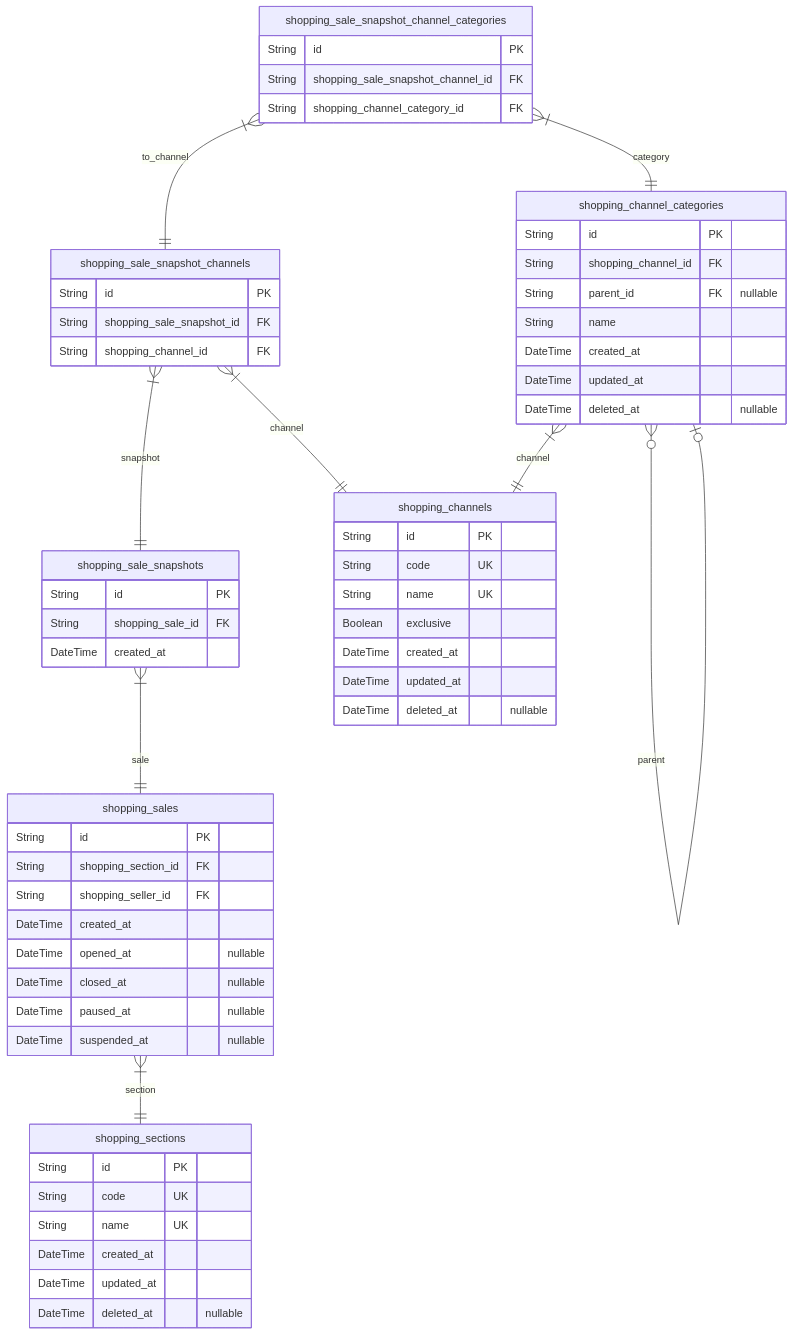
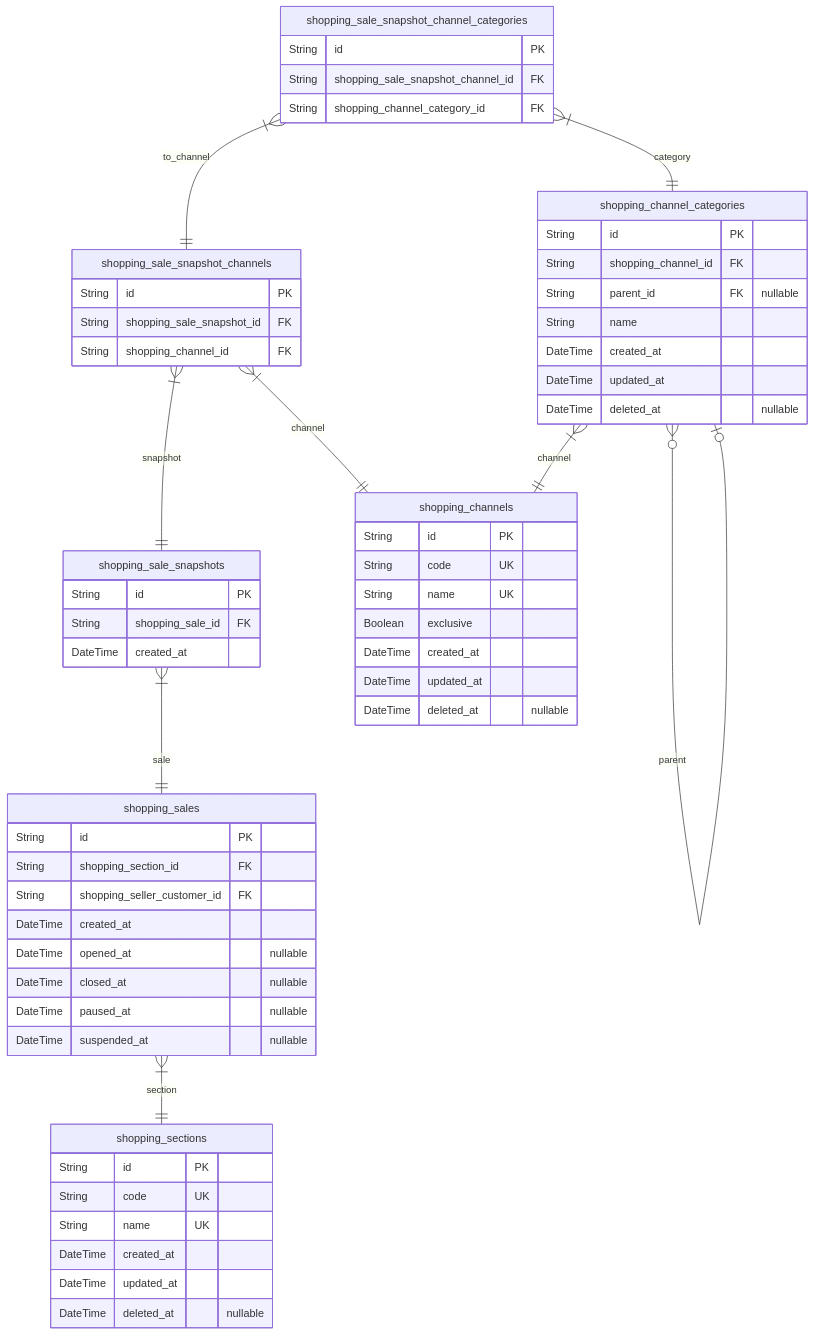
One commit to samchon/shopping-backend changed the second of 10 diagrams in docs/ERD.md. Above: the diagram before and after it, drawn with Mermaid. The commit also changed other lines of this file and 27 other files, not shown here.

First line of the commit message:
Revise ERD and starts writing descriptions on DTO.

````diff
--- a/docs/ERD.md
+++ b/docs/ERD.md
@@ -234,62 +233,62 @@
 ```mermaid
 erDiagram
-shopping_channels {
+"shopping_channels" {
     String id PK
     String code UK
     String name UK
     Boolean exclusive
     DateTime created_at
     DateTime updated_at
     DateTime deleted_at "nullable"
 }
-shopping_channel_categories {
+"shopping_channel_categories" {
     String id PK
     String shopping_channel_id FK
     String parent_id FK "nullable"
     String name
     DateTime created_at
     DateTime updated_at
     DateTime deleted_at "nullable"
 }
-shopping_sections {
+"shopping_sections" {
     String id PK
     String code UK
     String name UK
     DateTime created_at
     DateTime updated_at
     DateTime deleted_at "nullable"
 }
-shopping_sales {
+"shopping_sales" {
     String id PK
     String shopping_section_id FK
-    String shopping_seller_id FK
+    String shopping_seller_customer_id FK
     DateTime created_at
     DateTime opened_at "nullable"
     DateTime closed_at "nullable"
     DateTime paused_at "nullable"
     DateTime suspended_at "nullable"
 }
-shopping_sale_snapshots {
+"shopping_sale_snapshots" {
     String id PK
     String shopping_sale_id FK
     DateTime created_at
 }
-shopping_sale_snapshot_channels {
+"shopping_sale_snapshot_channels" {
     String id PK
     String shopping_sale_snapshot_id FK
     String shopping_channel_id FK
 }
-shopping_sale_snapshot_channel_categories {
+"shopping_sale_snapshot_channel_categories" {
     String id PK
     String shopping_sale_snapshot_channel_id FK
     String shopping_channel_category_id FK
 }
-shopping_channel_categories }|--|| shopping_channels : channel
-shopping_channel_categories }o--o| shopping_channel_categories : parent
-shopping_sales }|--|| shopping_sections : section
-shopping_sale_snapshots }|--|| shopping_sales : sale
-shopping_sale_snapshot_channels }|--|| shopping_sale_snapshots : snapshot
-shopping_sale_snapshot_channels }|--|| shopping_channels : channel
-shopping_sale_snapshot_channel_categories }|--|| shopping_sale_snapshot_channels : to_channel
-shopping_sale_snapshot_channel_categories }|--|| shopping_channel_categories : category
+"shopping_channel_categories" }|--|| "shopping_channels" : channel
+"shopping_channel_categories" }o--o| "shopping_channel_categories" : parent
+"shopping_sales" }|--|| "shopping_sections" : section
+"shopping_sale_snapshots" }|--|| "shopping_sales" : sale
+"shopping_sale_snapshot_channels" }|--|| "shopping_sale_snapshots" : snapshot
+"shopping_sale_snapshot_channels" }|--|| "shopping_channels" : channel
+"shopping_sale_snapshot_channel_categories" }|--|| "shopping_sale_snapshot_channels" : to_channel
+"shopping_sale_snapshot_channel_categories" }|--|| "shopping_channel_categories" : category
 ```
````
